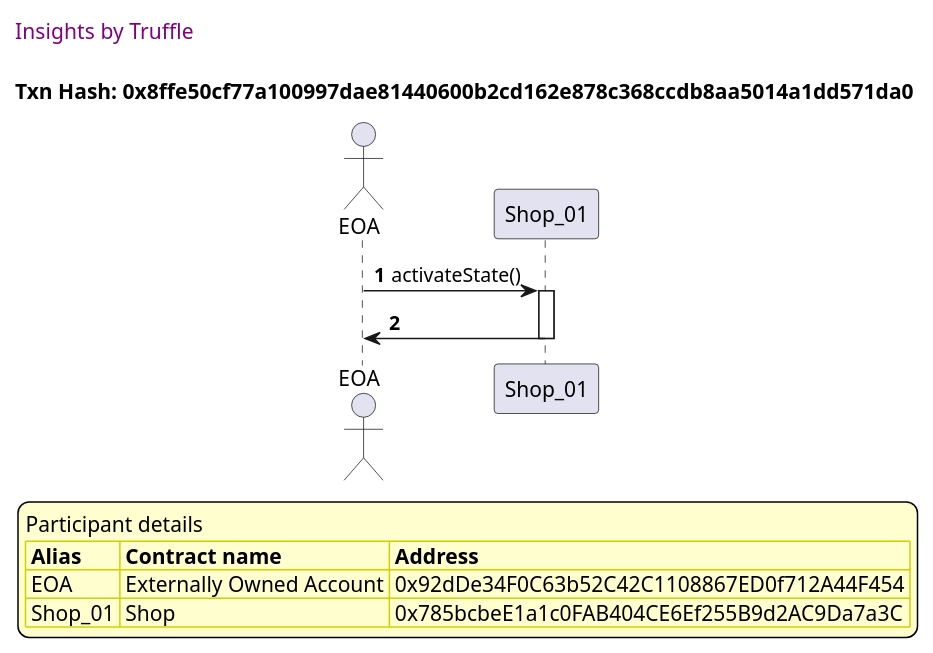
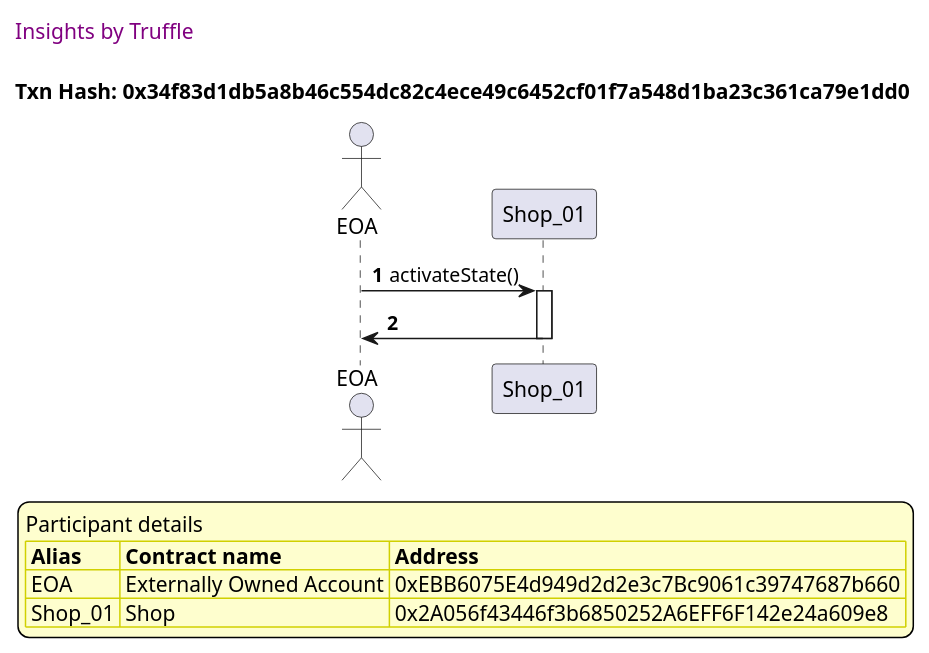
The second of 3 diagrams in truffle-seq/Shop_test_shop_buy_product.md (thedarkjester/ConsensysAssignment), drawn with PlantUML before and after one commit. The commit also changed other lines of this file and 13 other files, not shown here.

````diff
--- a/truffle-seq/Shop_test_shop_buy_product.md
+++ b/truffle-seq/Shop_test_shop_buy_product.md
@@ -59,37 +59,37 @@
 ```plantuml
 
 
 @startuml
 
 autonumber
 skinparam legendBackgroundColor #FEFECE
 
 <style>
       header {
         HorizontalAlignment left
         FontColor purple
         FontSize 14
         Padding 10
       }
     </style>
 
 header Insights by Truffle
 
-title Txn Hash: 0x8ffe50cf77a100997dae81440600b2cd162e878c368ccdb8aa5014a1dd571da0
+title Txn Hash: 0x34f83d1db5a8b46c554dc82c4ece49c6452cf01f7a548d1ba23c361ca79e1dd0
 
 
 actor EOA as "EOA"
 participant Shop_01 as "Shop_01"
 
 "EOA" -> "Shop_01" ++: activateState()
 "Shop_01" -> "EOA" --: 
 
 legend
 Participant details
 <#FEFECE,#D0D000>|= Alias |= Contract name |= Address |
-<#FEFECE>| EOA | Externally Owned Account | 0x92dDe34F0C63b52C42C1108867ED0f712A44F454 |
-<#FEFECE>| Shop_01 | Shop | 0x785bcbeE1a1c0FAB404CE6Ef255B9d2AC9Da7a3C |
+<#FEFECE>| EOA | Externally Owned Account | 0xEBB6075E4d949d2d2e3c7Bc9061c39747687b660 |
+<#FEFECE>| Shop_01 | Shop | 0x2A056f43446f3b6850252A6EFF6F142e24a609e8 |
 endlegend
 
 @enduml
 ```
````
